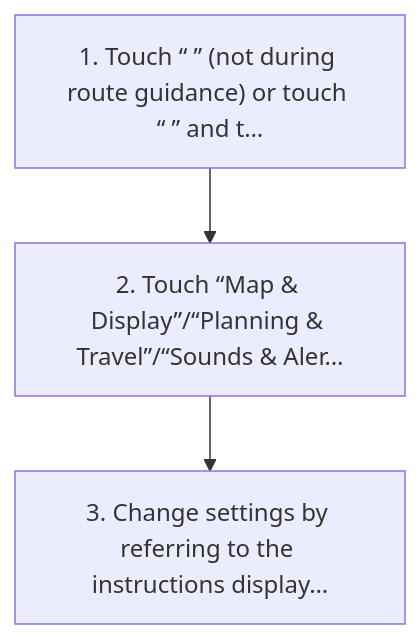
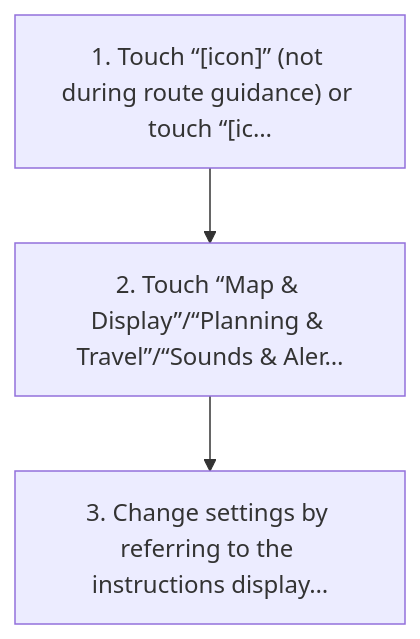
The diagram in workspace/subaru/outback-2026/ivi/published/navigation-if-equipped/20-navigation-settings-screen.md (Chieko-Y/my-spec-generator), drawn with Mermaid before and after one commit. The commit also changed other lines of this file and 477 other files, not shown here.

````diff
--- a/workspace/subaru/outback-2026/ivi/published/navigation-if-equipped/20-navigation-settings-screen.md
+++ b/workspace/subaru/outback-2026/ivi/published/navigation-if-equipped/20-navigation-settings-screen.md
@@ -9,8 +9,8 @@
 ```mermaid
 flowchart TD
-    S1["1. Touch “ ” (not during route guidance) or touch “ ” and t…"]
+    S1["1. Touch “[icon]” (not during route guidance) or touch “[ic…"]
     S2["2. Touch “Map & Display”/“Planning & Travel”/“Sounds & Aler…"]
     S3["3. Change settings by referring to the instructions display…"]
     S1 --> S2
     S2 --> S3
 ```
````
